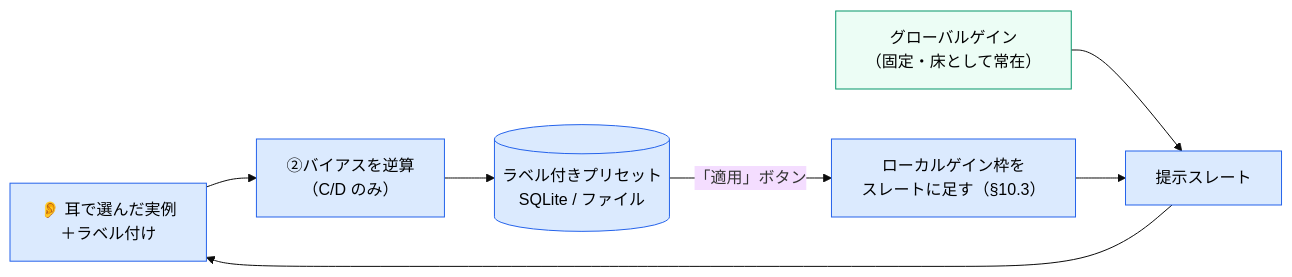
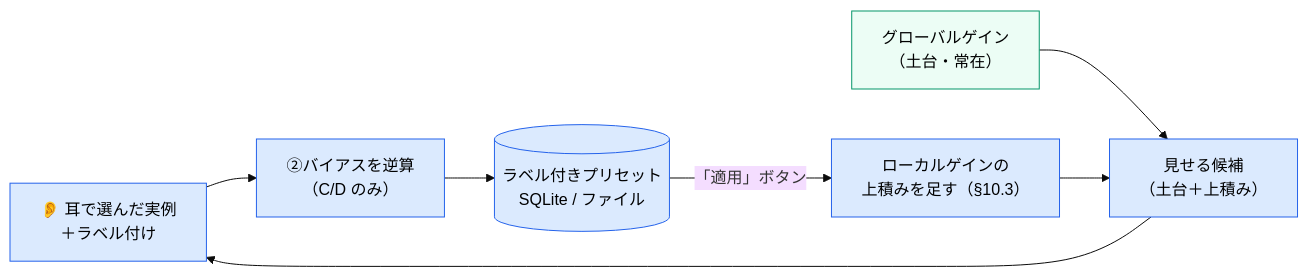
One commit to mgmaru/foley-forge-prototype changed the fourth of 4 diagrams in docs/observation-and-evaluation-design.md. Above: the diagram before and after it, drawn with Mermaid (base theme). The commit also changed other lines of this file and 1 other file, not shown here.

First line of the commit message:
観測・評価設計: 加算的探索を「土台＋上積み」モデルに整理（B＋α）

````diff
--- a/docs/observation-and-evaluation-design.md
+++ b/docs/observation-and-evaluation-design.md
@@ -363,13 +363,13 @@
 ```mermaid
 flowchart LR
     EAR["👂 耳で選んだ実例<br/>＋ラベル付け"] --> DERIVE["②バイアスを逆算<br/>（C/D のみ）"]
     DERIVE --> PRESET[("ラベル付きプリセット<br/>SQLite / ファイル")]
-    PRESET -->|「適用」ボタン| LOCAL["ローカルゲイン枠を<br/>スレートに足す（§10.3）"]
-    GLOBAL["グローバルゲイン<br/>（固定・床として常在）"] --> SLATE["提示スレート"]
+    PRESET -->|「適用」ボタン| LOCAL["ローカルゲインの<br/>上積みを足す（§10.3）"]
+    GLOBAL["グローバルゲイン<br/>（土台・常在）"] --> SLATE["見せる候補<br/>（土台＋上積み）"]
     LOCAL --> SLATE
     SLATE --> EAR
     classDef on fill:#dbeafe,stroke:#2563eb,color:#000
     classDef fix fill:#ecfdf5,stroke:#059669,color:#000
     class EAR,DERIVE,PRESET,LOCAL,SLATE on
     class GLOBAL fix
 ```
````
